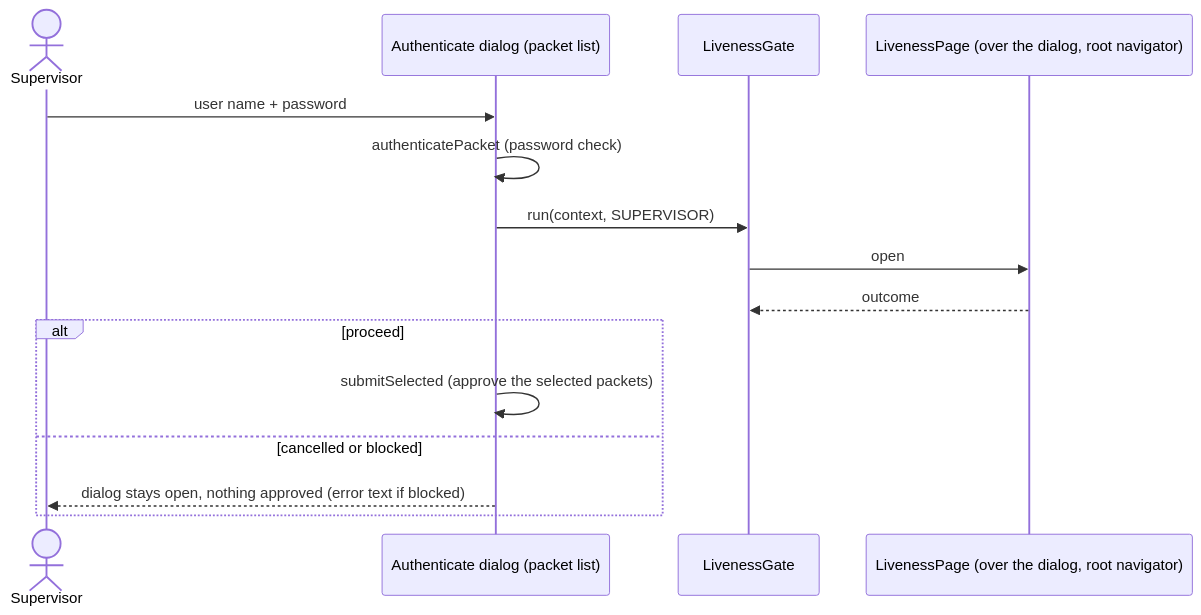
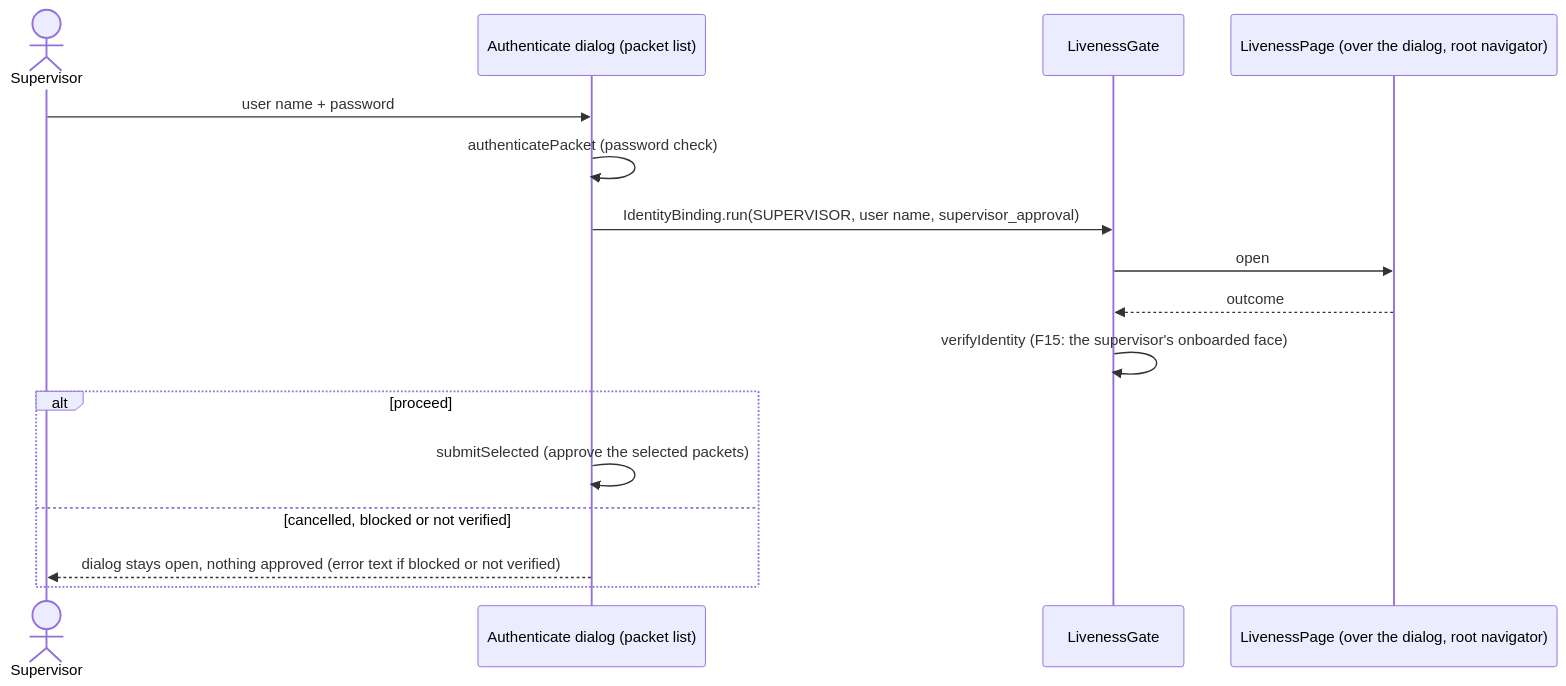
Before and after one commit to ChadDadChag/Mosip26: the sixth of 11 diagrams in docs/part5-android-integration.md, drawn with Mermaid. The commit also changed other lines of this file and 44 other files, not shown here.

````diff
--- a/docs/part5-android-integration.md
+++ b/docs/part5-android-integration.md
@@ -235,17 +236,18 @@
 ```mermaid
 sequenceDiagram
   actor Sup as Supervisor
   participant Dlg as Authenticate dialog (packet list)
   participant Gate as LivenessGate
   participant Page as LivenessPage (over the dialog, root navigator)
   Sup->>Dlg: user name + password
   Dlg->>Dlg: authenticatePacket (password check)
-  Dlg->>Gate: run(context, SUPERVISOR)
+  Dlg->>Gate: IdentityBinding.run(SUPERVISOR, user name, supervisor_approval)
   Gate->>Page: open
   Page-->>Gate: outcome
+  Gate->>Gate: verifyIdentity (F15: the supervisor's onboarded face)
   alt proceed
     Dlg->>Dlg: submitSelected (approve the selected packets)
-  else cancelled or blocked
-    Dlg-->>Sup: dialog stays open, nothing approved (error text if blocked)
+  else cancelled, blocked or not verified
+    Dlg-->>Sup: dialog stays open, nothing approved (error text if blocked or not verified)
   end
 ```
````
